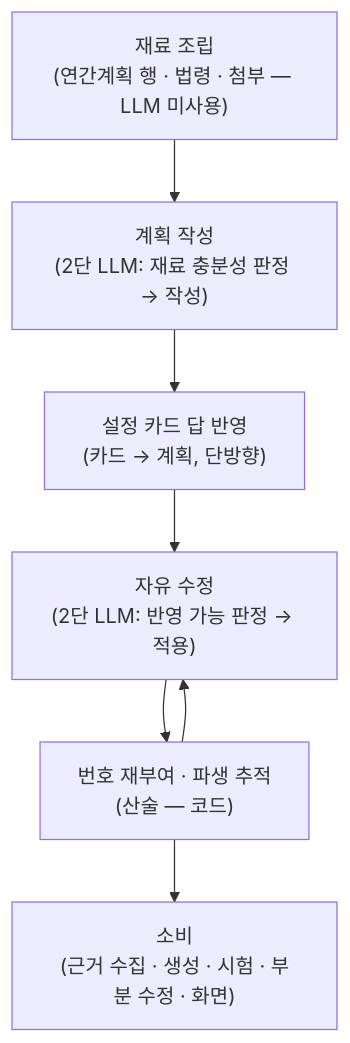
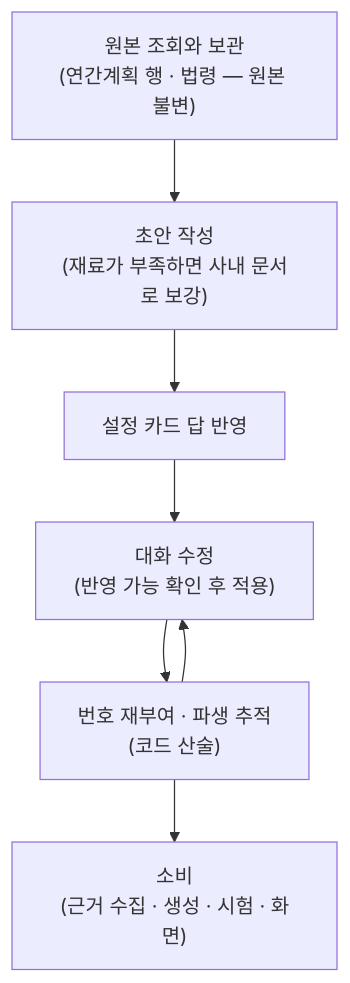
The diagram in docs/edu-material/syllabus.md (Doc-AI-Agent-development/Doc-AI-Agent-development.github.io), drawn with Mermaid before and after one commit. The commit also changed other lines of this file, not shown here.

````diff
--- a/docs/edu-material/syllabus.md
+++ b/docs/edu-material/syllabus.md
@@ -44,9 +29,9 @@
 ```mermaid
 flowchart TD
-  A["재료 조립<br/>(연간계획 행 · 법령 · 첨부 — LLM 미사용)"] --> B["계획 작성<br/>(2단 LLM: 재료 충분성 판정 → 작성)"]
-  B --> C["설정 카드 답 반영<br/>(카드 → 계획, 단방향)"]
-  C --> D["자유 수정<br/>(2단 LLM: 반영 가능 판정 → 적용)"]
-  D --> E["번호 재부여 · 파생 추적<br/>(산술 — 코드)"]
+  A["원본 조회와 보관<br/>(연간계획 행 · 법령 — 원본 불변)"] --> B["초안 작성<br/>(재료가 부족하면 사내 문서로 보강)"]
+  B --> C["설정 카드 답 반영"]
+  C --> D["대화 수정<br/>(반영 가능 확인 후 적용)"]
+  D --> E["번호 재부여 · 파생 추적<br/>(코드 산술)"]
   E --> D
-  E --> F["소비<br/>(근거 수집 · 생성 · 시험 · 부분 수정 · 화면)"]
+  E --> F["소비<br/>(근거 수집 · 생성 · 시험 · 화면)"]
 ```
````
